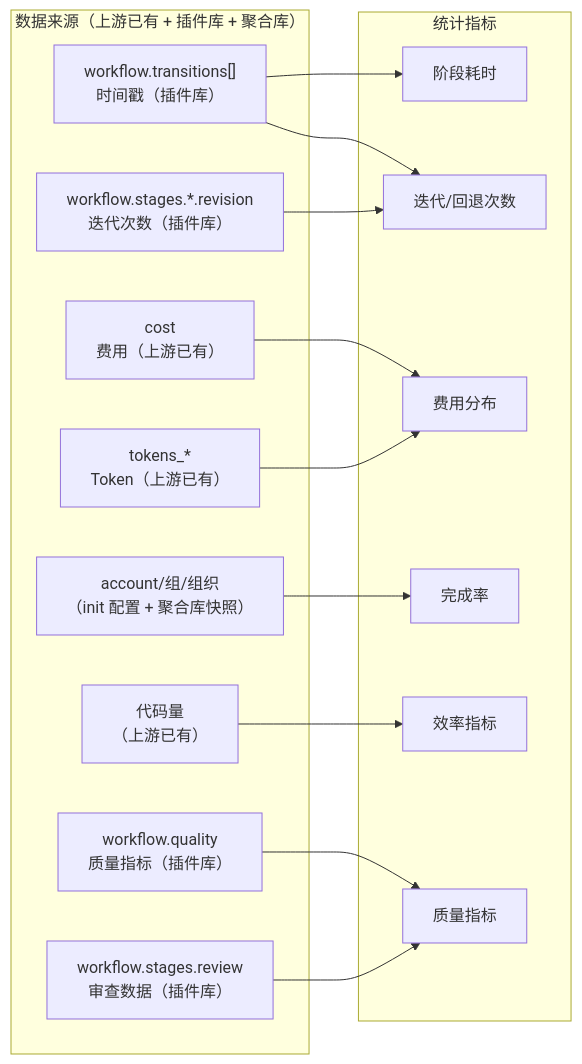
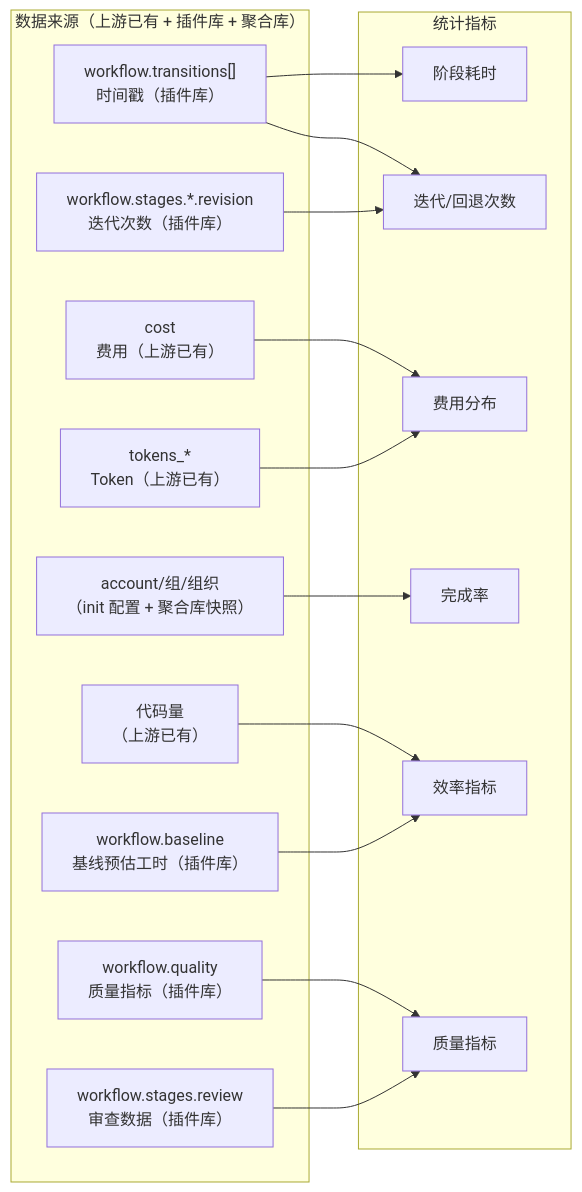
One commit to wonglaitung/opencode changed diagram 13 of 15 in opencode-session-mgmt/docs/session-management.md. Above: the diagram before and after it, drawn with Mermaid. The commit also changed other lines of this file and 13 other files, not shown here.

````diff
--- a/opencode-session-mgmt/docs/session-management.md
+++ b/opencode-session-mgmt/docs/session-management.md
@@ -891,32 +903,34 @@
 ```mermaid
 graph LR
     subgraph Source["数据来源（上游已有 + 插件库 + 聚合库）"]
         WF["workflow.transitions[]<br/>时间戳（插件库）"]
         REV["workflow.stages.*.revision<br/>迭代次数（插件库）"]
         COST["cost<br/>费用（上游已有）"]
         TOK["tokens_*<br/>Token（上游已有）"]
         DIFF["代码量<br/>（上游已有）"]
         ACCT["account/组/组织<br/>（init 配置 + 聚合库快照）"]
         QM["workflow.quality<br/>质量指标（插件库）"]
         RV["workflow.stages.review<br/>审查数据（插件库）"]
+        BL["workflow.baseline<br/>基线预估工时（插件库）"]
     end
 
     subgraph Metrics["统计指标"]
         M1["阶段耗时"]
         M2["迭代/回退次数"]
         M3["费用分布"]
         M4["完成率"]
         M5["效率指标"]
         M6["质量指标"]
     end
 
     WF --> M1
     WF --> M2
     REV --> M2
     COST --> M3
     TOK --> M3
     DIFF --> M5
+    BL --> M5
     ACCT --> M4
     QM --> M6
     RV --> M6
 ```
````
